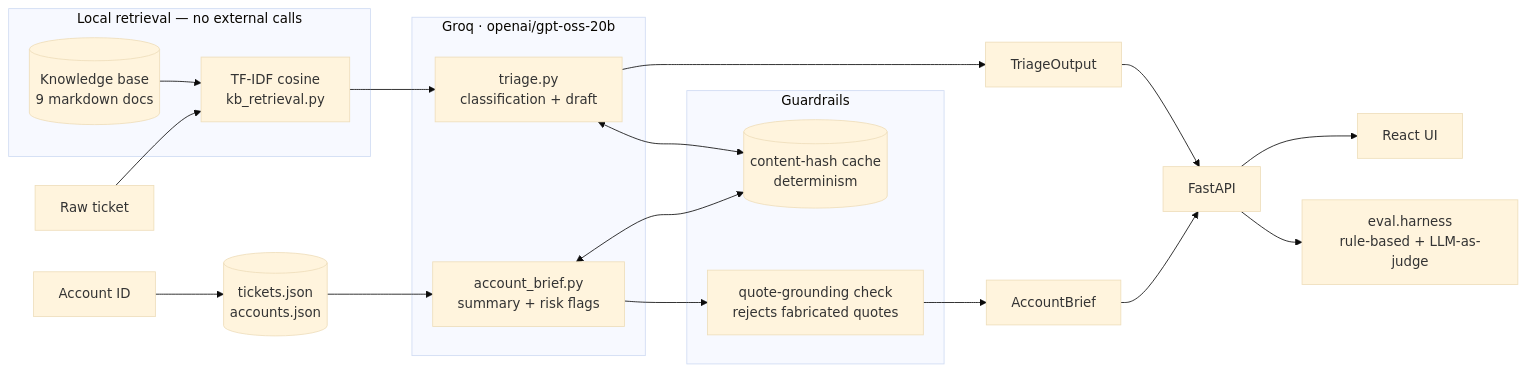
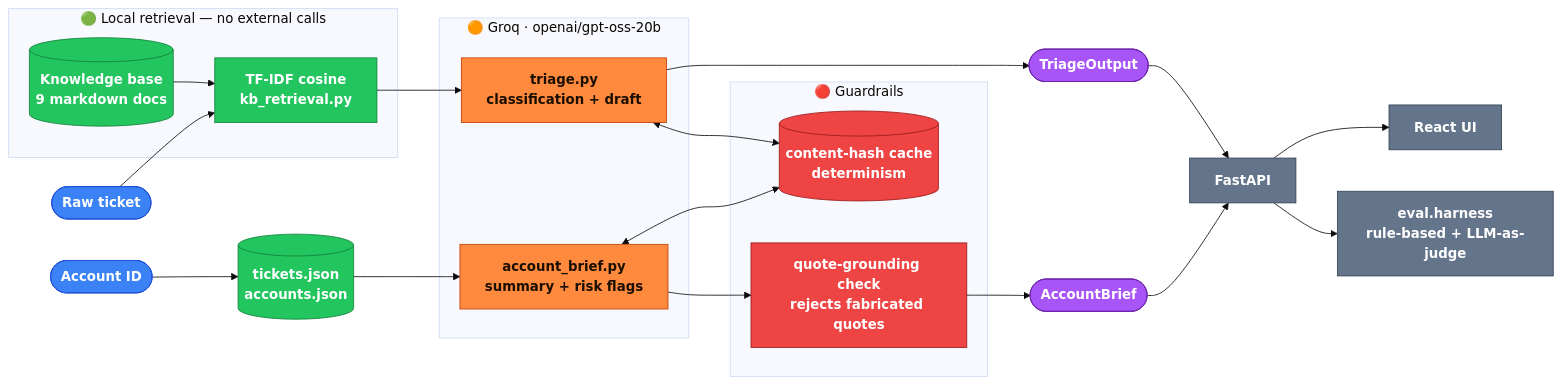
Before and after one commit to JMadhan1/zycus: the first of 4 diagrams in README.md, drawn with Mermaid (base theme). The commit also changed other lines of this file, not shown here.

First line of the commit message:
Color-code all four architecture diagrams for readability

````diff
--- a/README.md
+++ b/README.md
@@ -80,36 +80,50 @@
 ```mermaid
 flowchart LR
-    T[Raw ticket]
-    A[Account ID]
+    T([Raw ticket])
+    A([Account ID])
 
-    subgraph Retrieval["Local retrieval — no external calls"]
+    subgraph Retrieval["🟢 Local retrieval — no external calls"]
         KB[("Knowledge base<br/>9 markdown docs")]
         TFIDF["TF-IDF cosine<br/>kb_retrieval.py"]
         KB --> TFIDF
     end
 
-    subgraph LLM["Groq · openai/gpt-oss-20b"]
+    subgraph LLMBOX["🟠 Groq · openai/gpt-oss-20b"]
         Triage["triage.py<br/>classification + draft"]
         Brief["account_brief.py<br/>summary + risk flags"]
     end
 
-    subgraph Guardrails
+    subgraph Guardrails["🔴 Guardrails"]
         Cache[("content-hash cache<br/>determinism")]
         Ground["quote-grounding check<br/>rejects fabricated quotes"]
     end
 
     Data[("tickets.json<br/>accounts.json")]
 
     T --> TFIDF --> Triage
     A --> Data --> Brief
     Triage <--> Cache
     Brief <--> Cache
     Brief --> Ground
-    Triage --> Out1["TriageOutput"]
-    Ground --> Out2["AccountBrief"]
+    Triage --> Out1(["TriageOutput"])
+    Ground --> Out2(["AccountBrief"])
 
     Out1 --> API["FastAPI"]
     Out2 --> API
     API --> UI["React UI"]
     API --> Eval["eval.harness<br/>rule-based + LLM-as-judge"]
+
+    classDef input fill:#3b82f6,stroke:#1d4ed8,color:#fff,font-weight:bold
+    classDef local fill:#22c55e,stroke:#15803d,color:#fff,font-weight:bold
+    classDef llm fill:#ff8a3d,stroke:#c2410c,color:#1a0f00,font-weight:bold
+    classDef guard fill:#ef4444,stroke:#991b1b,color:#fff,font-weight:bold
+    classDef output fill:#a855f7,stroke:#6b21a8,color:#fff,font-weight:bold
+    classDef infra fill:#64748b,stroke:#334155,color:#fff,font-weight:bold
+
+    class T,A input
+    class KB,TFIDF,Data local
+    class Triage,Brief llm
+    class Cache,Ground guard
+    class Out1,Out2 output
+    class API,UI,Eval infra
 ```
````
